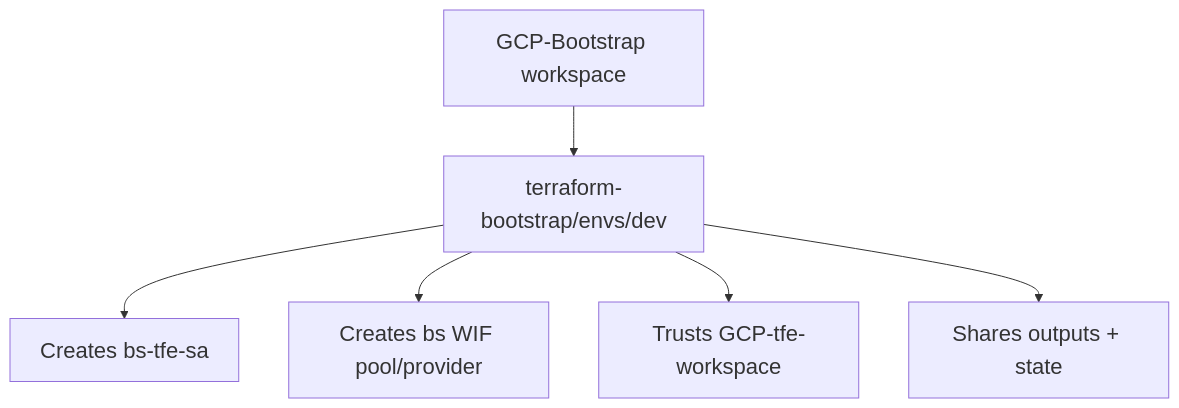
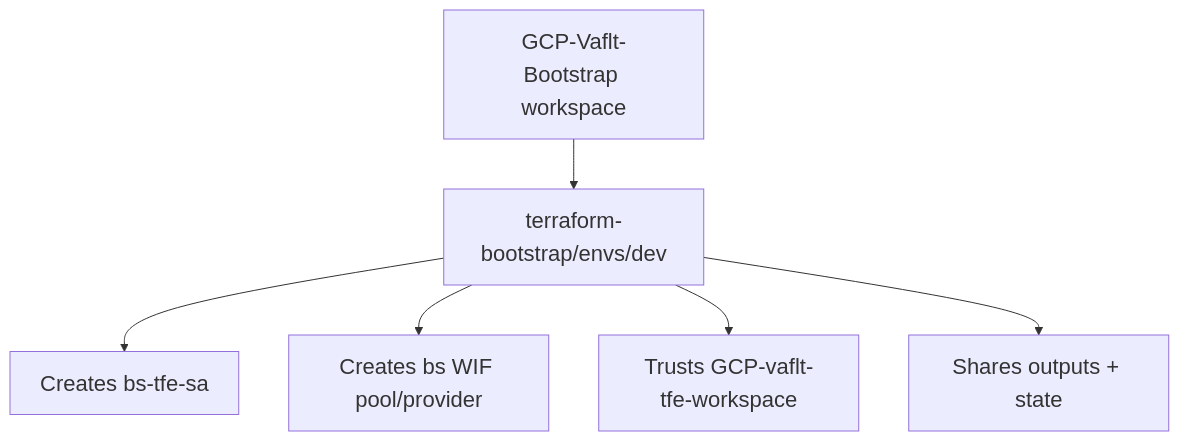
One commit to UttamGiri/GCP-Bootstrap changed the first of 4 diagrams in docs/DAILY-WORKSPACE-FLOW.md. Above: the diagram before and after it, drawn with Mermaid. The commit also changed other lines of this file and 14 other files, not shown here.

First line of the commit message:
Configure vaflt bootstrap and workload TFE workspaces for new GCP project.

````diff
--- a/docs/DAILY-WORKSPACE-FLOW.md
+++ b/docs/DAILY-WORKSPACE-FLOW.md
@@ -24,16 +24,16 @@
 ```mermaid
 %%{init: {'themeVariables': {'fontSize': '22px'}}}%%
 flowchart TB
-    B1["GCP-Bootstrap workspace"]
+    B1["GCP-Vaflt-Bootstrap workspace"]
     B2["terraform-bootstrap/envs/dev"]
     B3["Creates bs-tfe-sa"]
     B4["Creates bs WIF pool/provider"]
-    B5["Trusts GCP-tfe-workspace"]
+    B5["Trusts GCP-vaflt-tfe-workspace"]
     B6["Shares outputs + state"]
 
     B1 --> B2
     B2 --> B3
     B2 --> B4
     B2 --> B5
     B2 --> B6
 ```
````
